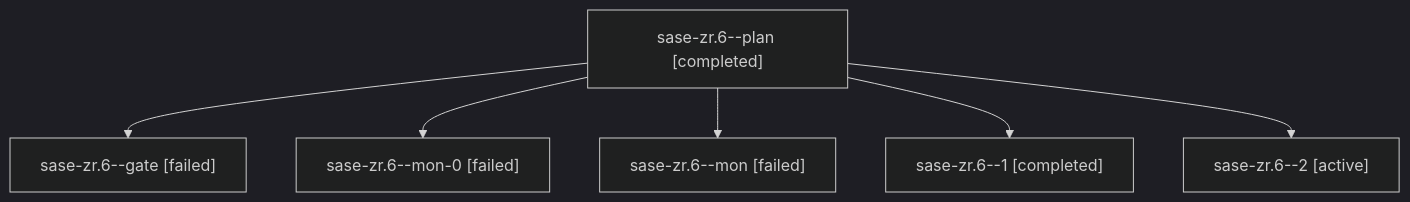
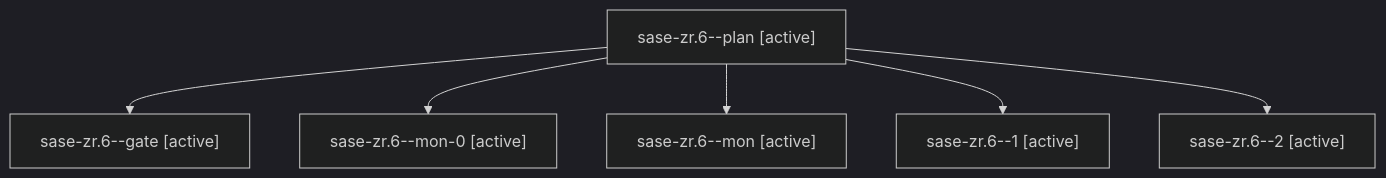
One commit to sase-org/sase--agents changed the diagram in families/bbugyi200.apollo.sase-zr.6.md. Above: the diagram before and after it, drawn with Mermaid (dark theme). The commit also changed other lines of this file and 95 other files, not shown here.

````diff
--- a/families/bbugyi200.apollo.sase-zr.6.md
+++ b/families/bbugyi200.apollo.sase-zr.6.md
@@ -9,14 +9,14 @@
 ```mermaid
 flowchart TD
-  n0["sase-zr.6--plan [completed]"]
-  n1["sase-zr.6--gate [failed]"]
+  n0["sase-zr.6--plan [active]"]
+  n1["sase-zr.6--gate [active]"]
   n0 --> n1
-  n2["sase-zr.6--mon-0 [failed]"]
+  n2["sase-zr.6--mon-0 [active]"]
   n0 --> n2
-  n3["sase-zr.6--mon [failed]"]
+  n3["sase-zr.6--mon [active]"]
   n0 --> n3
-  n4["sase-zr.6--1 [completed]"]
+  n4["sase-zr.6--1 [active]"]
   n0 --> n4
   n5["sase-zr.6--2 [active]"]
   n0 --> n5
 ```
````
